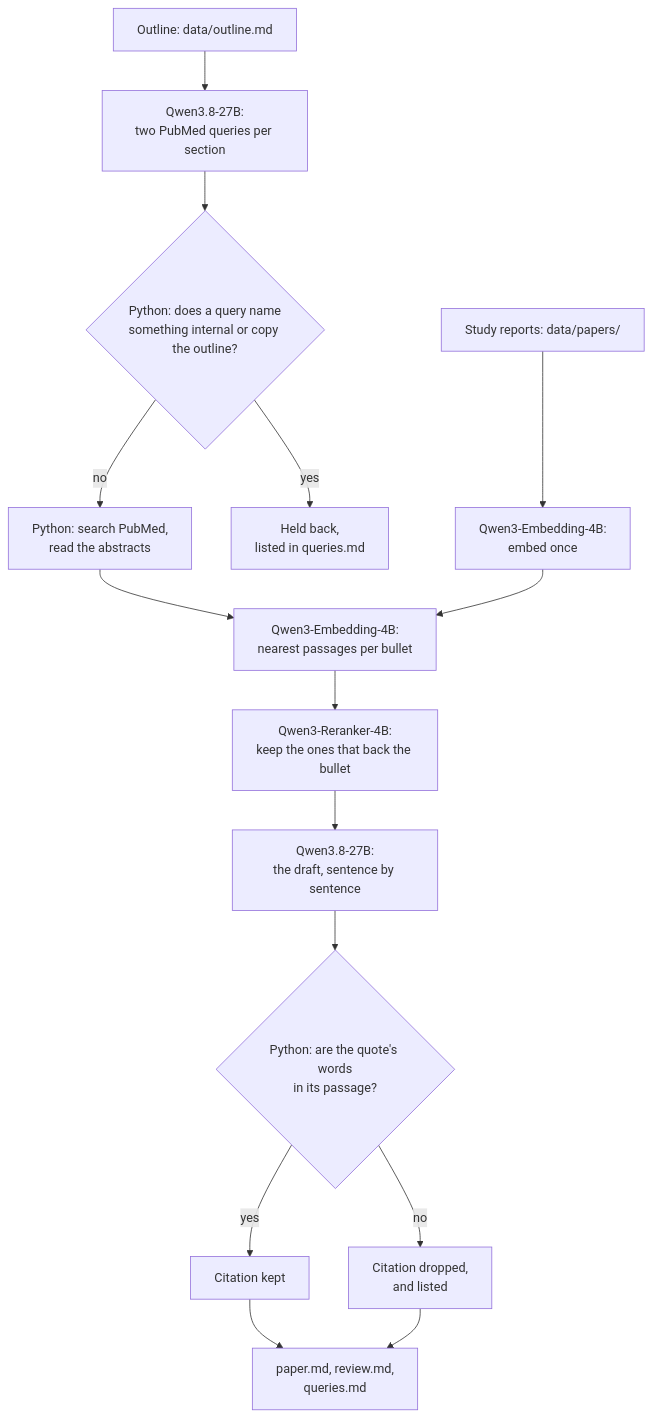
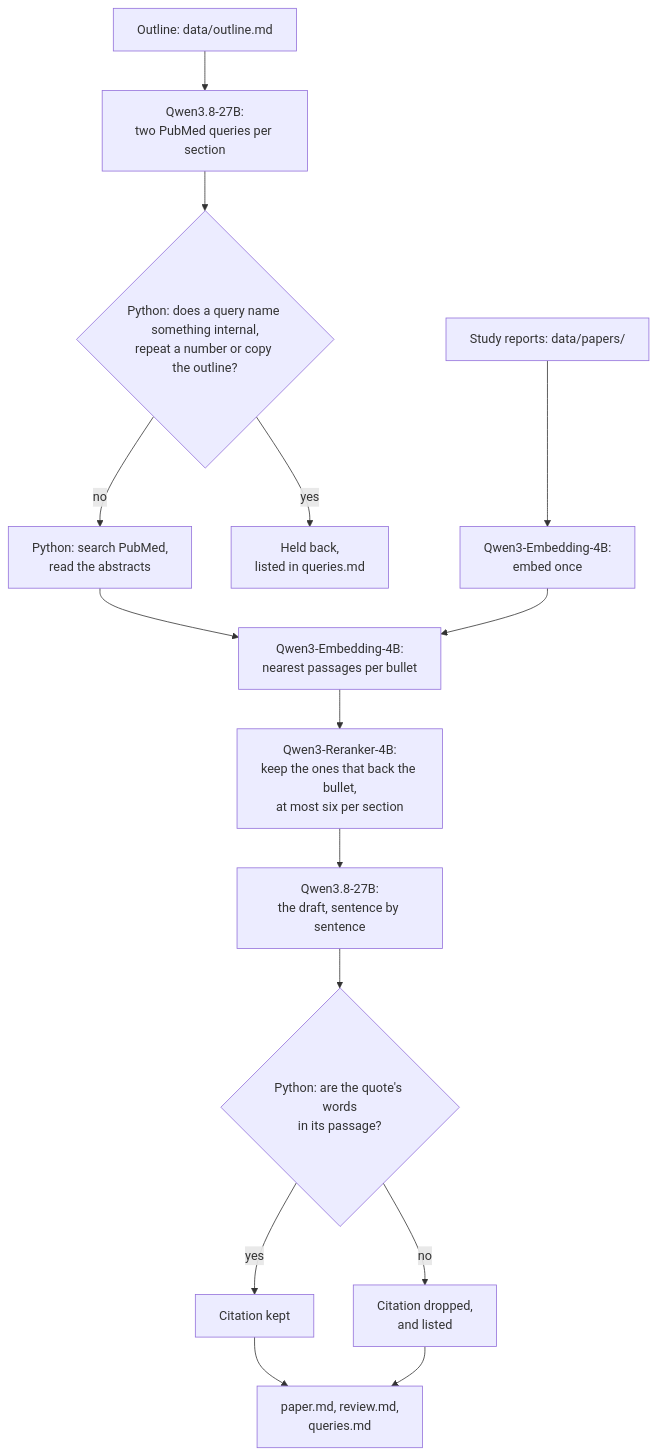
One commit to superlinked/cookbook changed the diagram in healthcare/draft_internal_paper_from_outline/README.md. Above: the diagram before and after it, drawn with Mermaid. The commit also changed other lines of this file and 7 other files, not shown here.

````diff
--- a/healthcare/draft_internal_paper_from_outline/README.md
+++ b/healthcare/draft_internal_paper_from_outline/README.md
@@ -149,17 +155,17 @@
 ```mermaid
 flowchart TD
     P["Study reports: data/papers/"] --> EI["Qwen3-Embedding-4B:<br/>embed once"]
     S["Outline: data/outline.md"] --> Q["Qwen3.8-27B:<br/>two PubMed queries per section"]
-    Q --> H{"Python: does a query name<br/>something internal or copy the outline?"}
+    Q --> H{"Python: does a query name something internal,<br/>repeat a number or copy the outline?"}
     H -->|"yes"| HB["Held back,<br/>listed in queries.md"]
     H -->|"no"| W["Python: search PubMed,<br/>read the abstracts"]
     W --> E["Qwen3-Embedding-4B:<br/>nearest passages per bullet"]
     EI --> E
-    E --> R["Qwen3-Reranker-4B:<br/>keep the ones that back the bullet"]
+    E --> R["Qwen3-Reranker-4B:<br/>keep the ones that back the bullet,<br/>at most six per section"]
     R --> D["Qwen3.8-27B:<br/>the draft, sentence by sentence"]
     D --> C{"Python: are the quote's words<br/>in its passage?"}
     C -->|"yes"| K["Citation kept"]
     C -->|"no"| X["Citation dropped,<br/>and listed"]
     K --> O["paper.md, review.md,<br/>queries.md"]
     X --> O
 ```
````
